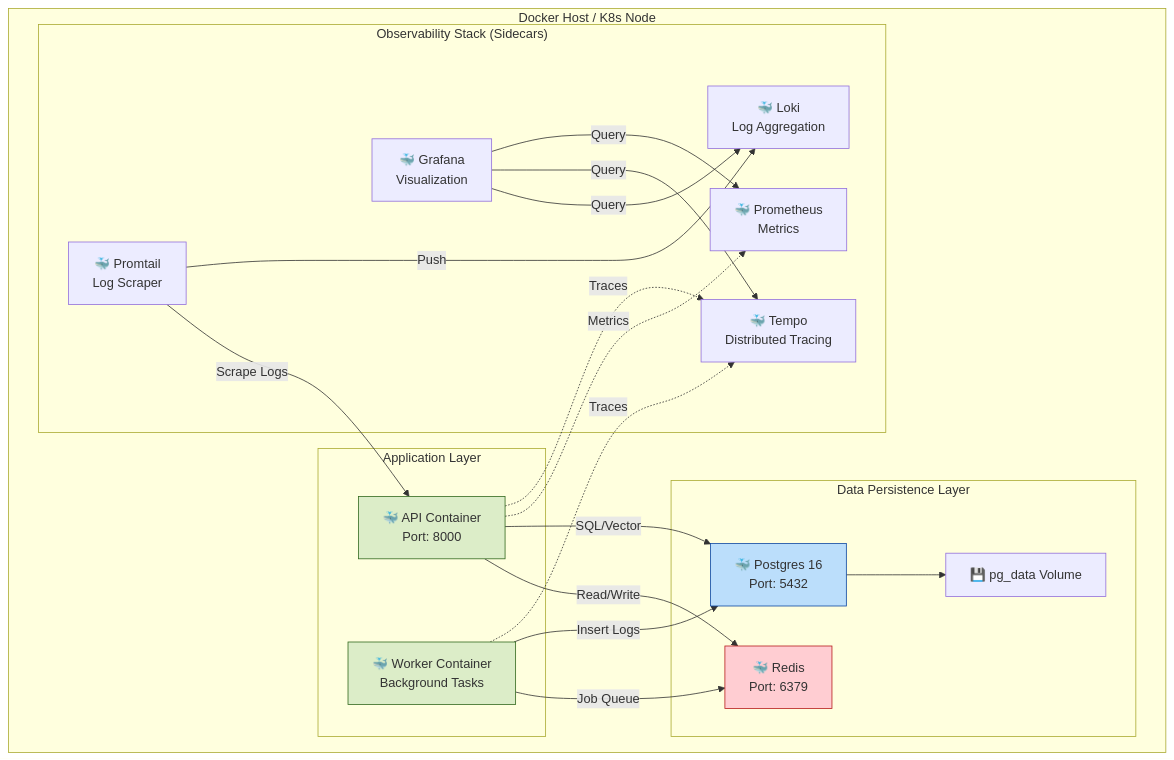
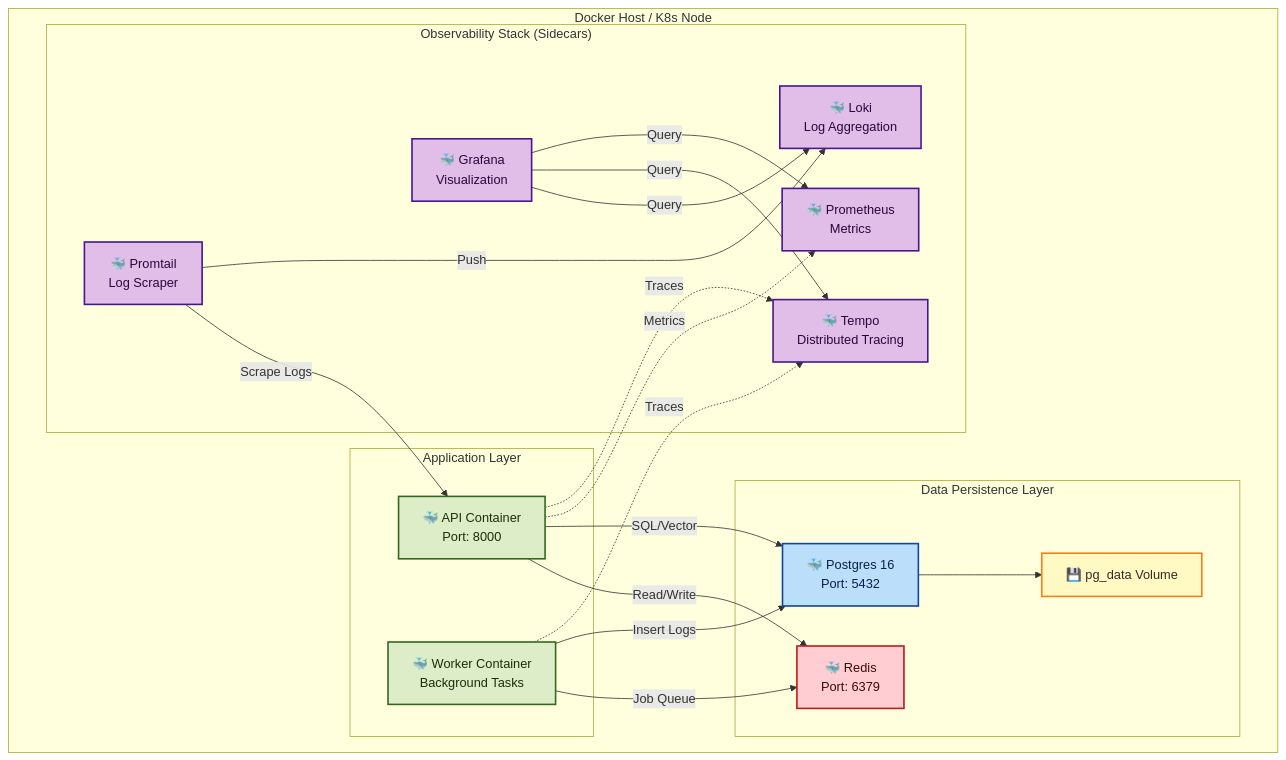
One commit to JMMAILabs/frugal-fortress-architecture changed the diagram in docs/diagrams/core/infrastructure_view.md. Above: the diagram before and after it, drawn with Mermaid. The commit also changed 9 other files, not shown here.

Commit message:
diagrams updated for legibility and updated changes

````diff
--- a/docs/diagrams/core/infrastructure_view.md
+++ b/docs/diagrams/core/infrastructure_view.md
@@ -5,49 +5,56 @@
 ```mermaid
+%%{init: {'theme':'default', 'flowchart':{'nodeSpacing':50, 'rankSpacing':70}}}%%
 graph TD
-    subgraph "Docker Host / K8s Node"
+    subgraph Host ["Docker Host / K8s Node"]
 
-        subgraph "Application Layer"
-            API[🐳 API Container<br/>Port: 8000]
-            Worker[🐳 Worker Container<br/>Background Tasks]
+        subgraph AppLayer ["Application Layer"]
+            API["🐳 API Container<br/>Port: 8000"]
+            Worker["🐳 Worker Container<br/>Background Tasks"]
         end
 
-        subgraph "Data Persistence Layer"
-            Redis[🐳 Redis<br/>Port: 6379]
-            Postgres[🐳 Postgres 16<br/>Port: 5432]
-            VolumeDB[💾 pg_data Volume]
+        subgraph DataLayer ["Data Persistence Layer"]
+            Redis["🐳 Redis<br/>Port: 6379"]
+            Postgres["🐳 Postgres 16<br/>Port: 5432"]
+            VolumeDB["💾 pg_data Volume"]
         end
 
-        subgraph "Observability Stack (Sidecars)"
-            Promtail[🐳 Promtail<br/>Log Scraper]
-            Loki[🐳 Loki<br/>Log Aggregation]
-            Tempo[🐳 Tempo<br/>Distributed Tracing]
-            Prometheus[🐳 Prometheus<br/>Metrics]
-            Grafana[🐳 Grafana<br/>Visualization]
+        subgraph Observability ["Observability Stack (Sidecars)"]
+            Promtail["🐳 Promtail<br/>Log Scraper"]
+            Loki["🐳 Loki<br/>Log Aggregation"]
+            Tempo["🐳 Tempo<br/>Distributed Tracing"]
+            Prometheus["🐳 Prometheus<br/>Metrics"]
+            Grafana["🐳 Grafana<br/>Visualization"]
         end
     end
 
     %% Networking
     API -->|Read/Write| Redis
     API -->|SQL/Vector| Postgres
     Worker -->|Job Queue| Redis
     Worker -->|Insert Logs| Postgres
     Postgres --> VolumeDB
 
     %% Observability Flow
     API -.->|Metrics| Prometheus
     API -.->|Traces| Tempo
     Worker -.->|Traces| Tempo
 
     Promtail -->|Scrape Logs| API
     Promtail -->|Push| Loki
 
     Grafana -->|Query| Loki
     Grafana -->|Query| Tempo
     Grafana -->|Query| Prometheus
 
-    %% Styling
-    style API fill:#dcedc8,stroke:#33691e
-    style Worker fill:#dcedc8,stroke:#33691e
-    style Postgres fill:#bbdefb,stroke:#0d47a1
-    style Redis fill:#ffcdd2,stroke:#b71c1c
+    %% Styling — explicit dark text for dark-mode readability
+    classDef app fill:#dcedc8,stroke:#33691e,stroke-width:2px,color:#1b2e0a
+    classDef store fill:#bbdefb,stroke:#0d47a1,stroke-width:2px,color:#0a1f4b
+    classDef cache fill:#ffcdd2,stroke:#b71c1c,stroke-width:2px,color:#3e0a0a
+    classDef volume fill:#fff9c4,stroke:#f57f17,stroke-width:2px,color:#3e2723
+    classDef obs fill:#e1bee7,stroke:#4a148c,stroke-width:2px,color:#2a063e
+    class API,Worker app
+    class Postgres store
+    class Redis cache
+    class VolumeDB volume
+    class Promtail,Loki,Tempo,Prometheus,Grafana obs
 ```
````
